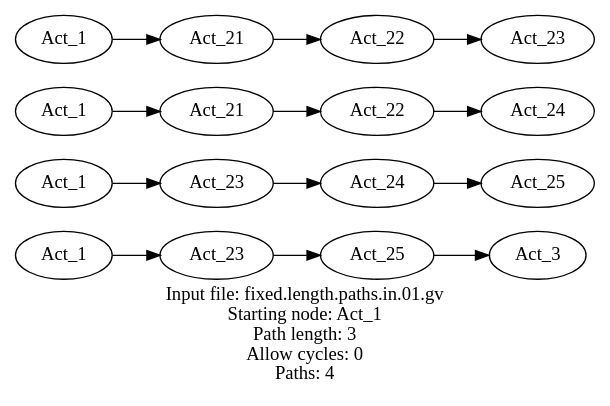
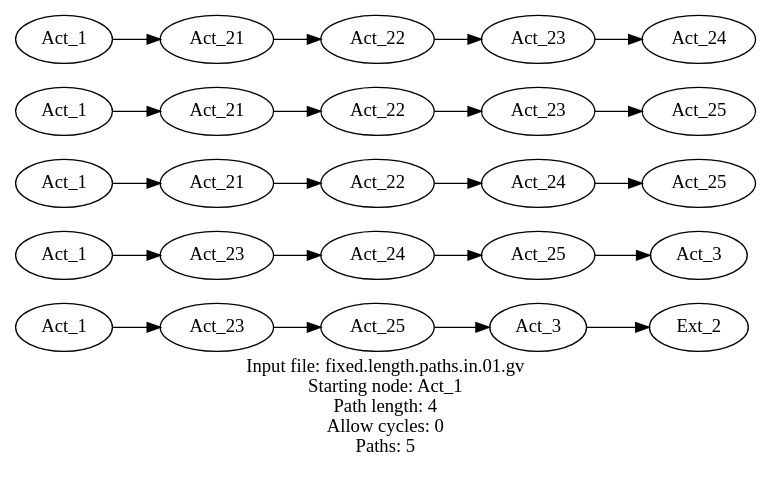
One commit to graphviz-perl/GraphViz2-Marpa-PathUtils changed the diagram in out/fixed.length.paths.out.01.gv. Above: the diagram before and after it, drawn with Graphviz. The commit also changed 17 other files, not shown here.

```diff
--- a/out/fixed.length.paths.out.01.gv
+++ b/out/fixed.length.paths.out.01.gv
@@ -1,26 +1,36 @@
 digraph fixed_length_paths
 {
-	label = "Input file: fixed.length.paths.in.01.gv\nStarting node: Act_1\nPath length: 3\nAllow cycles: 0\nPaths: 4" rankdir = LR
+	label = "Input file: fixed.length.paths.in.01.gv\nStarting node: Act_1\nPath length: 4\nAllow cycles: 0\nPaths: 5" rankdir = LR
 
 	"1" [label = "Act_1"]
 	"2" [label = "Act_23"]
 	"3" [label = "Act_25"]
 	"4" [label = "Act_3"]
-	"5" [label = "Act_1"]
-	"6" [label = "Act_23"]
-	"7" [label = "Act_24"]
-	"8" [label = "Act_25"]
-	"9" [label = "Act_1"]
-	"10" [label = "Act_21"]
-	"11" [label = "Act_22"]
-	"12" [label = "Act_24"]
-	"13" [label = "Act_1"]
-	"14" [label = "Act_21"]
-	"15" [label = "Act_22"]
-	"16" [label = "Act_23"]
+	"5" [label = "Ext_2"]
+	"6" [label = "Act_1"]
+	"7" [label = "Act_23"]
+	"8" [label = "Act_24"]
+	"9" [label = "Act_25"]
+	"10" [label = "Act_3"]
+	"11" [label = "Act_1"]
+	"12" [label = "Act_21"]
+	"13" [label = "Act_22"]
+	"14" [label = "Act_24"]
+	"15" [label = "Act_25"]
+	"16" [label = "Act_1"]
+	"17" [label = "Act_21"]
+	"18" [label = "Act_22"]
+	"19" [label = "Act_23"]
+	"20" [label = "Act_25"]
+	"21" [label = "Act_1"]
+	"22" [label = "Act_21"]
+	"23" [label = "Act_22"]
+	"24" [label = "Act_23"]
+	"25" [label = "Act_24"]
 
-	"1"  ->  "2"  ->  "3"  ->  "4"
-	"5"  ->  "6"  ->  "7"  ->  "8"
-	"9"  ->  "10"  ->  "11"  ->  "12"
-	"13"  ->  "14"  ->  "15"  ->  "16"
+	"1"  ->  "2"  ->  "3"  ->  "4"  ->  "5"
+	"6"  ->  "7"  ->  "8"  ->  "9"  ->  "10"
+	"11"  ->  "12"  ->  "13"  ->  "14"  ->  "15"
+	"16"  ->  "17"  ->  "18"  ->  "19"  ->  "20"
+	"21"  ->  "22"  ->  "23"  ->  "24"  ->  "25"
 }
```
